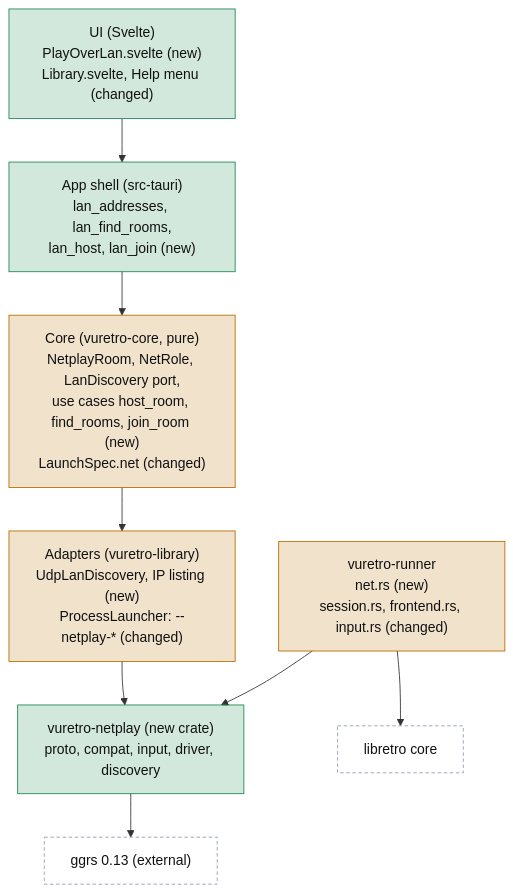
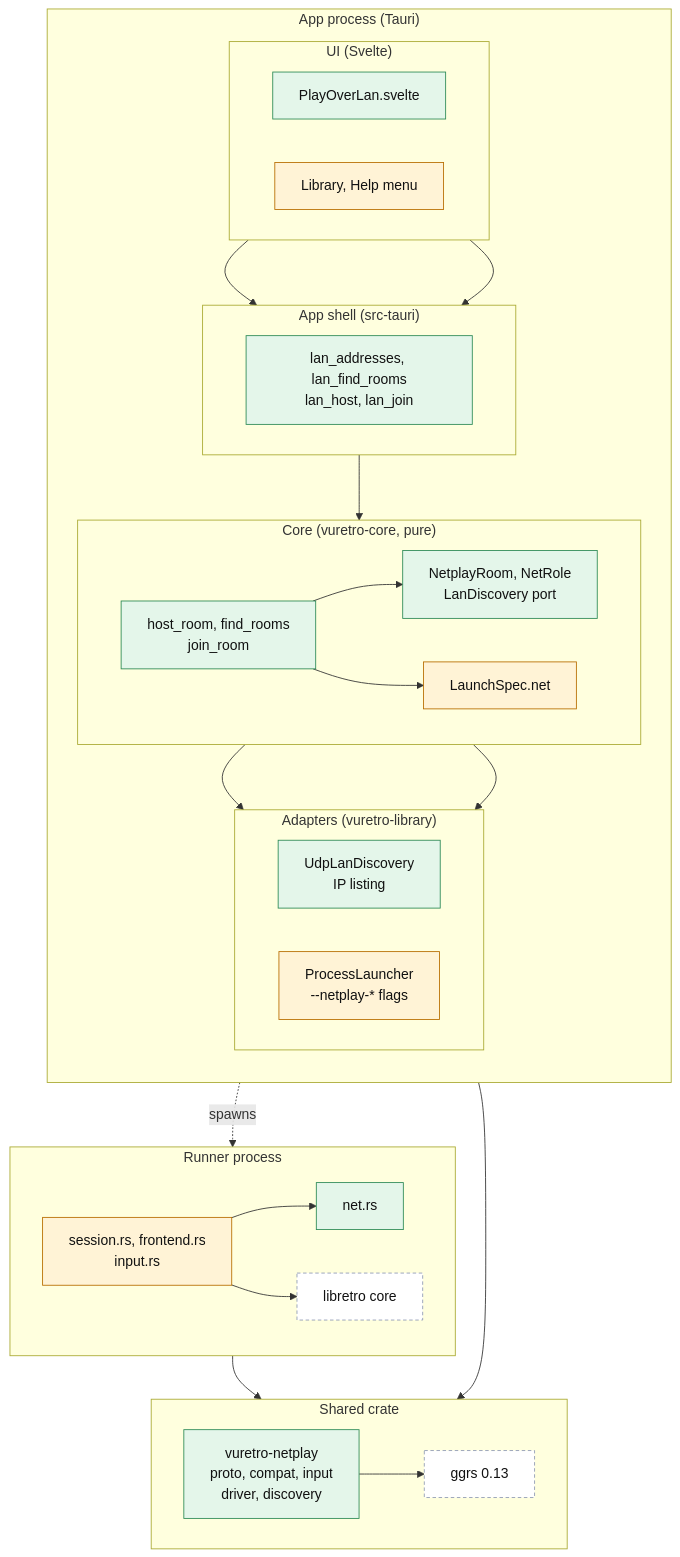
The second of 9 diagrams in docs/NETPLAY.md (vunguyenvu35/vuretro), drawn with Mermaid before and after one commit. The commit also changed other lines of this file, not shown here.

Commit message:
Docs: redraw layered architecture diagram

````diff
--- a/docs/NETPLAY.md
+++ b/docs/NETPLAY.md
@@ -75,20 +75,57 @@
 ```mermaid
 flowchart TB
-  classDef new fill:#1f8a5233,stroke:#1f8a52,color:#111
-  classDef chg fill:#b86e0033,stroke:#b86e00,color:#111
-  classDef old fill:#ffffff,stroke:#8f9bb4,stroke-dasharray:4 3,color:#111
+  classDef new fill:#e4f6ea,stroke:#2e8b57,color:#111
+  classDef chg fill:#fff3d6,stroke:#b86e00,color:#111
+  classDef old fill:#fff,stroke:#8f9bb4,stroke-dasharray:4 3,color:#111
 
-  UI["UI (Svelte)<br/>PlayOverLan.svelte (new)<br/>Library.svelte, Help menu (changed)"]:::new
-  SHELL["App shell (src-tauri)<br/>lan_addresses, lan_find_rooms,<br/>lan_host, lan_join (new)"]:::new
-  CORE["Core (vuretro-core, pure)<br/>NetplayRoom, NetRole, LanDiscovery port,<br/>use cases host_room, find_rooms, join_room (new)<br/>LaunchSpec.net (changed)"]:::chg
-  LIB["Adapters (vuretro-library)<br/>UdpLanDiscovery, IP listing (new)<br/>ProcessLauncher: --netplay-* (changed)"]:::chg
-  RUN["vuretro-runner<br/>net.rs (new)<br/>session.rs, frontend.rs, input.rs (changed)"]:::chg
-  NP["vuretro-netplay (new crate)<br/>proto, compat, input, driver, discovery"]:::new
-  GGRS["ggrs 0.13 (external)"]:::old
-  LC["libretro core"]:::old
+  subgraph APP["App process (Tauri)"]
+    direction TB
+    subgraph UI["UI (Svelte)"]
+      direction LR
+      U1["PlayOverLan.svelte"]:::new
+      U2["Library, Help menu"]:::chg
+    end
+    subgraph SH["App shell (src-tauri)"]
+      direction LR
+      S1["lan_addresses, lan_find_rooms<br/>lan_host, lan_join"]:::new
+    end
+    subgraph CO["Core (vuretro-core, pure)"]
+      direction LR
+      C1["NetplayRoom, NetRole<br/>LanDiscovery port"]:::new
+      C2["host_room, find_rooms<br/>join_room"]:::new
+      C3["LaunchSpec.net"]:::chg
+    end
+    subgraph AD["Adapters (vuretro-library)"]
+      direction LR
+      A1["UdpLanDiscovery<br/>IP listing"]:::new
+      A2["ProcessLauncher<br/>--netplay-* flags"]:::chg
+    end
+    U1 --> S1
+    U2 --> S1
+    S1 --> C2
+    C2 --> C1
+    C2 --> C3
+    C1 --> A1
+    C3 --> A2
+  end
 
-  UI --> SHELL --> CORE --> LIB
-  LIB --> NP
-  RUN --> NP --> GGRS
-  RUN --> LC
+  subgraph RUNNER["Runner process"]
+    direction LR
+    R1["net.rs"]:::new
+    R2["session.rs, frontend.rs<br/>input.rs"]:::chg
+    R3["libretro core"]:::old
+    R2 --> R1
+    R2 --> R3
+  end
+
+  subgraph SHARED["Shared crate"]
+    direction LR
+    N1["vuretro-netplay<br/>proto, compat, input<br/>driver, discovery"]:::new
+    N2["ggrs 0.13"]:::old
+    N1 --> N2
+  end
+
+  A1 --> N1
+  R1 --> N1
+  A2 -.->|"spawns"| R2
 ```
````
